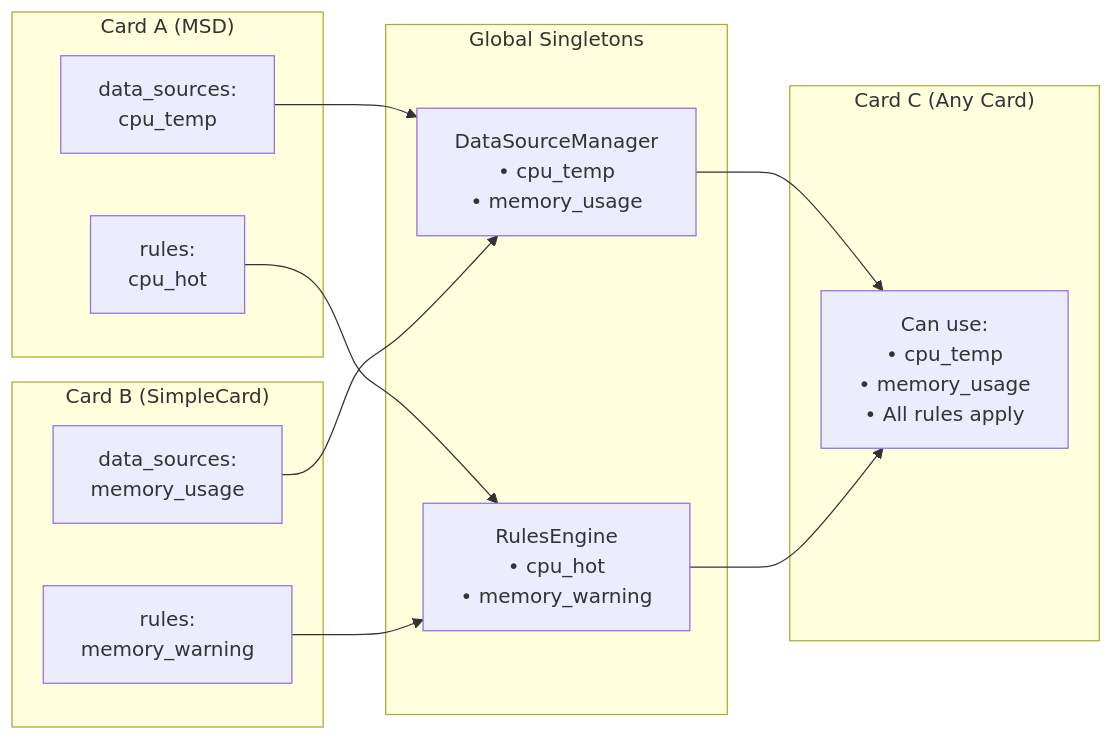
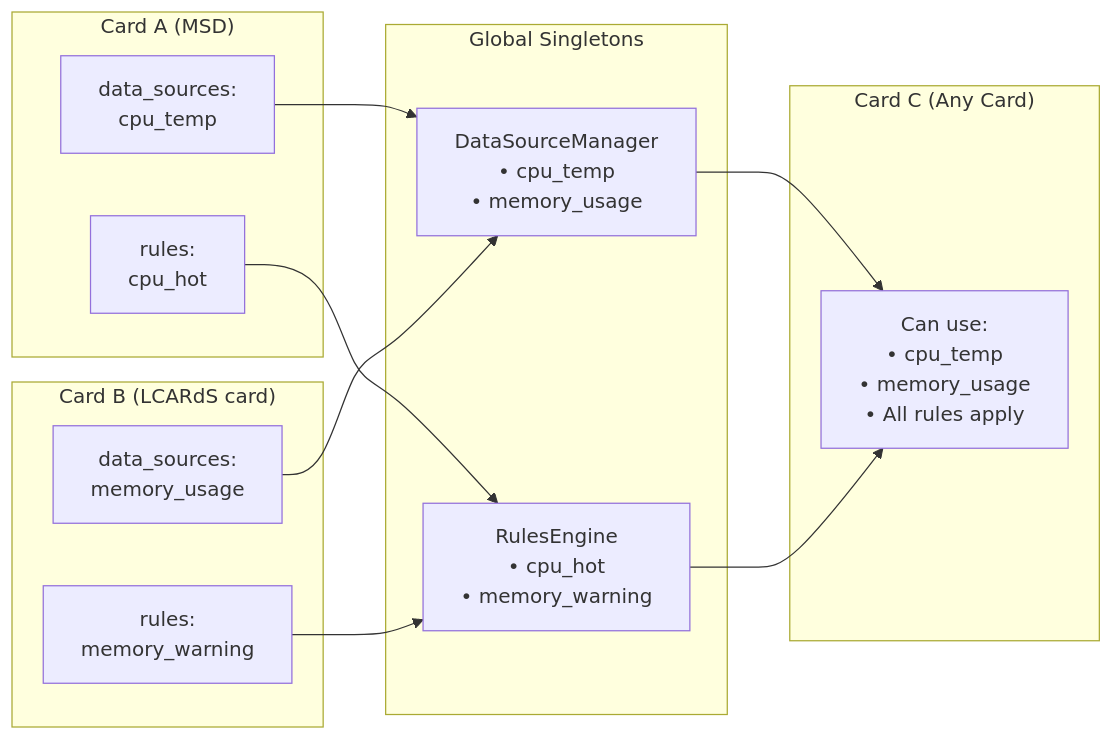
One commit to solhuebner/lcards changed the eighth of 8 diagrams in doc/architecture/diagrams/MSD Flow - Part 1.md. Above: the diagram before and after it, drawn with Mermaid. The commit also changed other lines of this file and 56 other files, not shown here.

Commit message:
Update all documentation to use new LCARdS card naming

````diff
--- a/doc/architecture/diagrams/MSD Flow - Part 1.md
+++ b/doc/architecture/diagrams/MSD Flow - Part 1.md
@@ -549,28 +549,28 @@
 ```mermaid
 graph LR
     subgraph "Card A (MSD)"
         DSA[data_sources:<br/>cpu_temp]
         RA[rules:<br/>cpu_hot]
     end
 
-    subgraph "Card B (SimpleCard)"
+    subgraph "Card B (LCARdS card)"
         DSB[data_sources:<br/>memory_usage]
         RB[rules:<br/>memory_warning]
     end
 
     subgraph "Global Singletons"
         DSM[DataSourceManager<br/>• cpu_temp<br/>• memory_usage]
         RE[RulesEngine<br/>• cpu_hot<br/>• memory_warning]
     end
 
     subgraph "Card C (Any Card)"
         CC[Can use:<br/>• cpu_temp<br/>• memory_usage<br/>• All rules apply]
     end
 
     DSA --> DSM
     DSB --> DSM
     RA --> RE
     RB --> RE
     DSM --> CC
     RE --> CC
 ```
````
